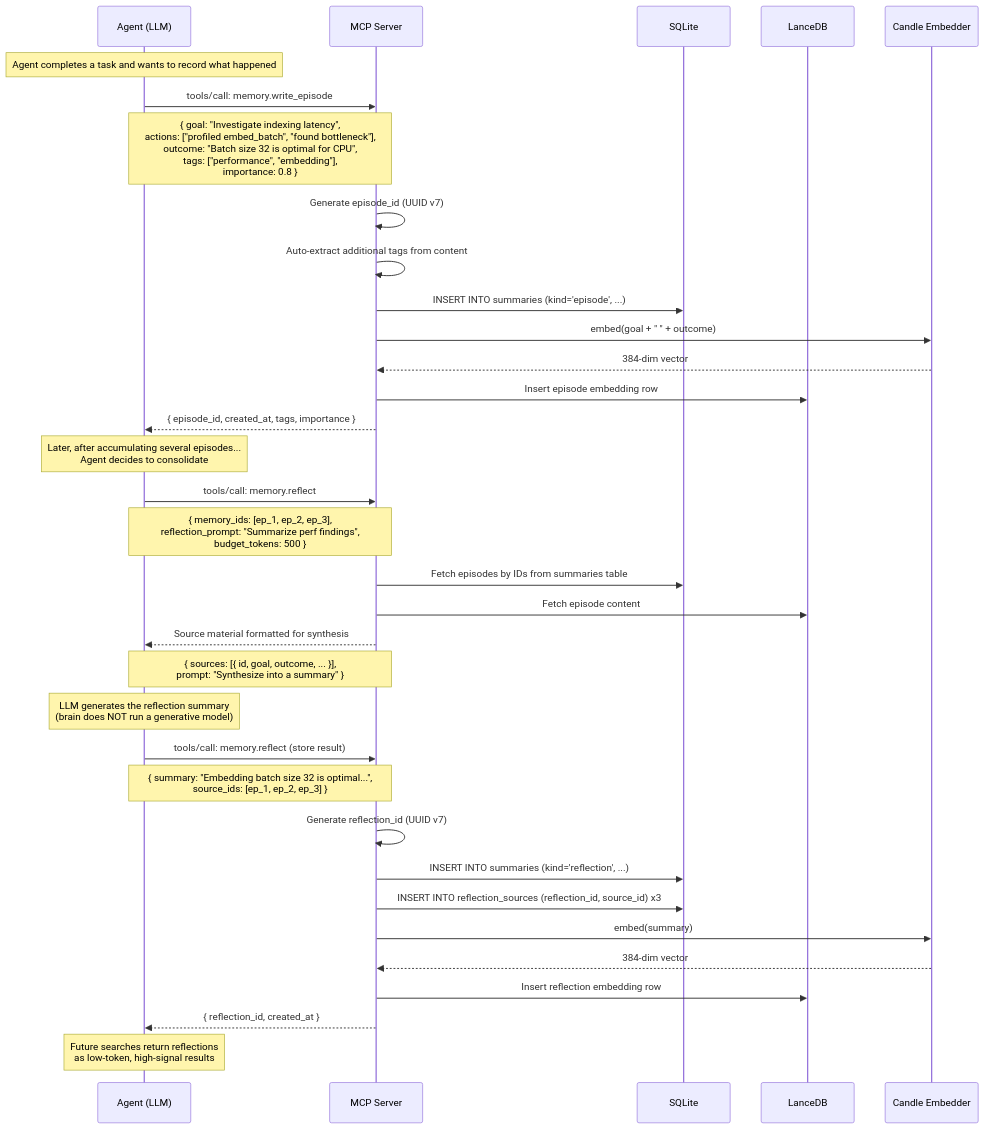
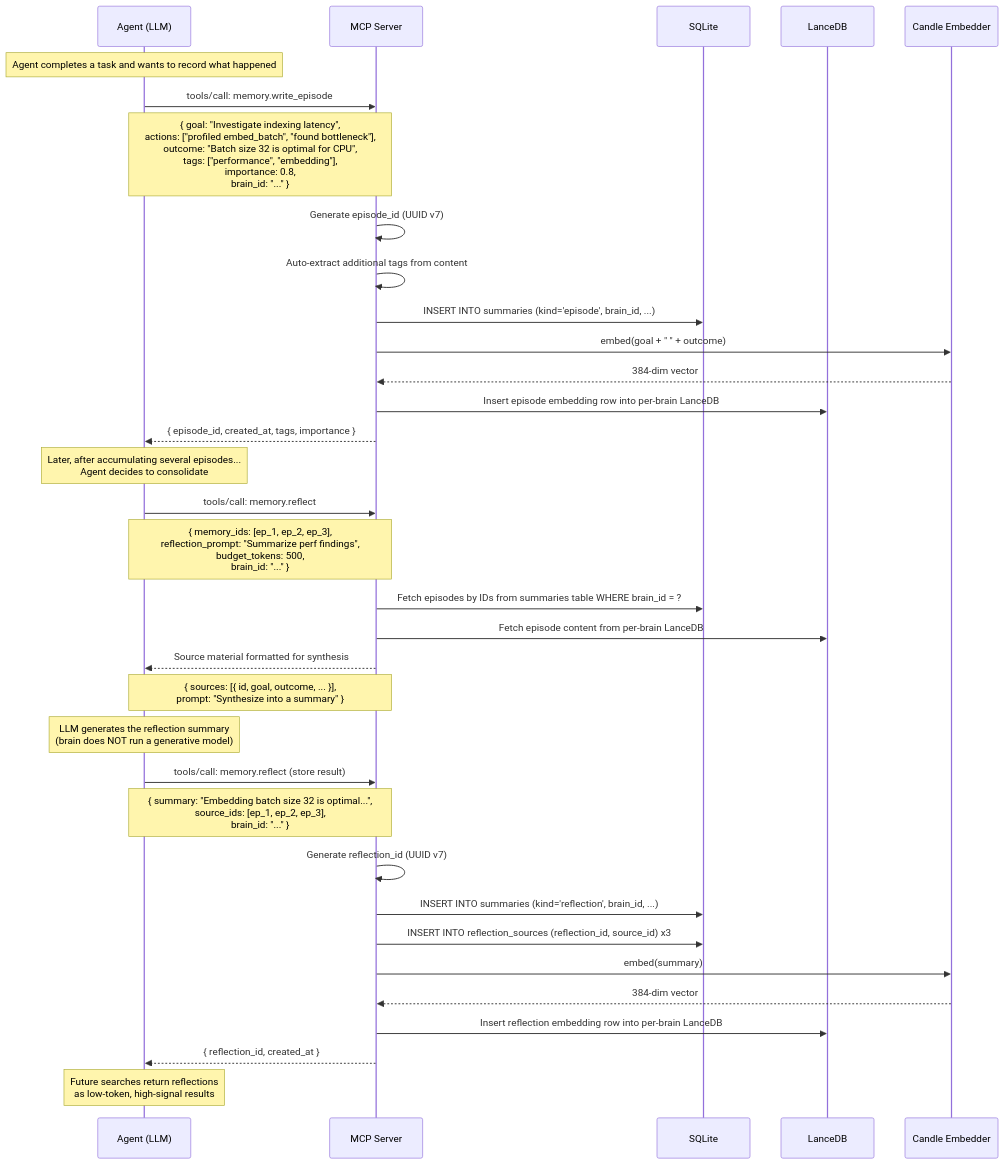
The fifth of 9 diagrams in docs/ARCHITECTURE.md (benediktms/brain), drawn with Mermaid before and after one commit. The commit also changed other lines of this file and 59 other files, not shown here.

````diff
--- a/docs/ARCHITECTURE.md
+++ b/docs/ARCHITECTURE.md
@@ -350,46 +353,46 @@
 ```mermaid
 sequenceDiagram
     participant LLM as Agent (LLM)
     participant MCP as MCP Server
     participant DB as SQLite
     participant Vec as LanceDB
     participant Emb as Candle Embedder
 
     Note over LLM: Agent completes a task and wants to record what happened
 
     LLM->>MCP: tools/call: memory.write_episode
-    Note over LLM,MCP: { goal: "Investigate indexing latency",<br/>actions: ["profiled embed_batch", "found bottleneck"],<br/>outcome: "Batch size 32 is optimal for CPU",<br/>tags: ["performance", "embedding"],<br/>importance: 0.8 }
+    Note over LLM,MCP: { goal: "Investigate indexing latency",<br/>actions: ["profiled embed_batch", "found bottleneck"],<br/>outcome: "Batch size 32 is optimal for CPU",<br/>tags: ["performance", "embedding"],<br/>importance: 0.8,<br/>brain_id: "..." }
 
     MCP->>MCP: Generate episode_id (UUID v7)
     MCP->>MCP: Auto-extract additional tags from content
-    MCP->>DB: INSERT INTO summaries (kind='episode', ...)
+    MCP->>DB: INSERT INTO summaries (kind='episode', brain_id, ...)
     MCP->>Emb: embed(goal + " " + outcome)
     Emb-->>MCP: 384-dim vector
-    MCP->>Vec: Insert episode embedding row
+    MCP->>Vec: Insert episode embedding row into per-brain LanceDB
     MCP-->>LLM: { episode_id, created_at, tags, importance }
 
     Note over LLM: Later, after accumulating several episodes...<br/>Agent decides to consolidate
 
     LLM->>MCP: tools/call: memory.reflect
-    Note over LLM,MCP: { memory_ids: [ep_1, ep_2, ep_3],<br/>reflection_prompt: "Summarize perf findings",<br/>budget_tokens: 500 }
+    Note over LLM,MCP: { memory_ids: [ep_1, ep_2, ep_3],<br/>reflection_prompt: "Summarize perf findings",<br/>budget_tokens: 500,<br/>brain_id: "..." }
 
-    MCP->>DB: Fetch episodes by IDs from summaries table
-    MCP->>Vec: Fetch episode content
+    MCP->>DB: Fetch episodes by IDs from summaries table WHERE brain_id = ?
+    MCP->>Vec: Fetch episode content from per-brain LanceDB
     MCP-->>LLM: Source material formatted for synthesis
     Note over MCP,LLM: { sources: [{ id, goal, outcome, ... }],<br/>prompt: "Synthesize into a summary" }
 
     Note over LLM: LLM generates the reflection summary<br/>(brain does NOT run a generative model)
 
     LLM->>MCP: tools/call: memory.reflect (store result)
-    Note over LLM,MCP: { summary: "Embedding batch size 32 is optimal...",<br/>source_ids: [ep_1, ep_2, ep_3] }
+    Note over LLM,MCP: { summary: "Embedding batch size 32 is optimal...",<br/>source_ids: [ep_1, ep_2, ep_3],<br/>brain_id: "..." }
 
     MCP->>MCP: Generate reflection_id (UUID v7)
-    MCP->>DB: INSERT INTO summaries (kind='reflection', ...)
+    MCP->>DB: INSERT INTO summaries (kind='reflection', brain_id, ...)
     MCP->>DB: INSERT INTO reflection_sources (reflection_id, source_id) x3
     MCP->>Emb: embed(summary)
     Emb-->>MCP: 384-dim vector
-    MCP->>Vec: Insert reflection embedding row
+    MCP->>Vec: Insert reflection embedding row into per-brain LanceDB
     MCP-->>LLM: { reflection_id, created_at }
 
     Note over LLM: Future searches return reflections<br/>as low-token, high-signal results
 ```
````
